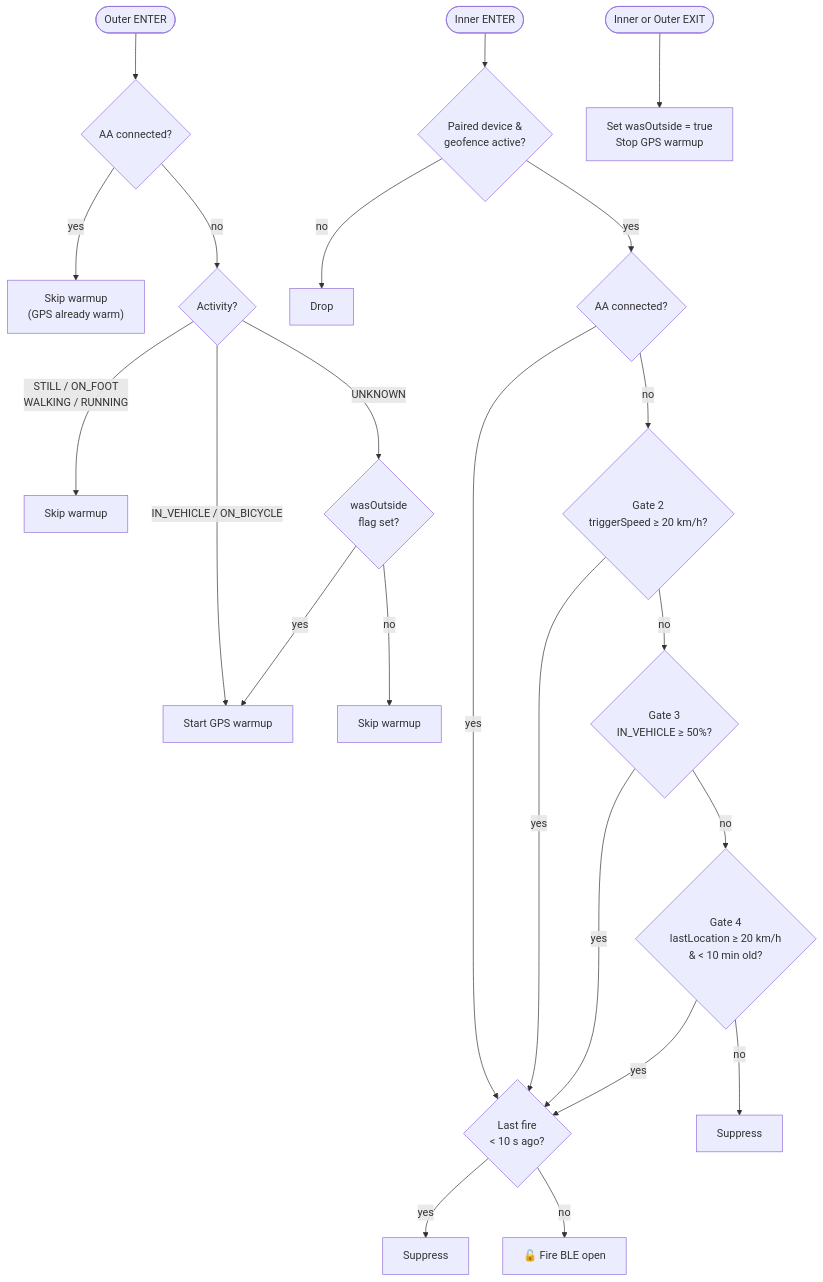
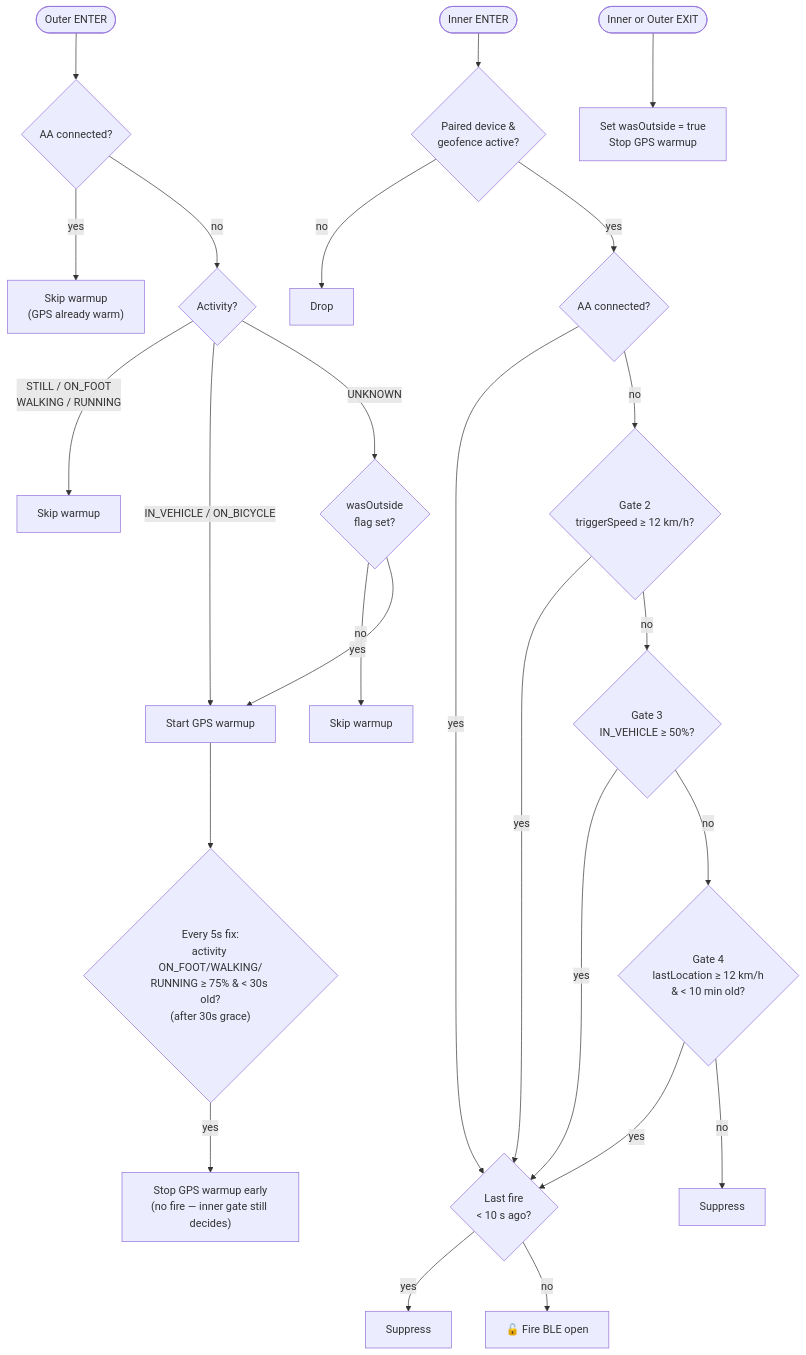
One commit to GerardUmbert/GarageAAtoESP32 changed the diagram in docs/geofence-auto-open.md. Above: the diagram before and after it, drawn with Mermaid. The commit also changed other lines of this file and 5 other files, not shown here.

First line of the commit message:
fix: lower geofence trigger speed and add GPS warmup early stop (1.6.3)

````diff
--- a/docs/geofence-auto-open.md
+++ b/docs/geofence-auto-open.md
@@ -22,29 +22,32 @@
 ```mermaid
 flowchart TD
     OE([Outer ENTER]) --> AA_OUTER{"AA connected?"}
     AA_OUTER -->|yes| SKIP_WARM["Skip warmup\n(GPS already warm)"]
     AA_OUTER -->|no| ACT_OUTER{"Activity?"}
     ACT_OUTER -->|"STILL / ON_FOOT\nWALKING / RUNNING"| SKIP_WARM2["Skip warmup"]
     ACT_OUTER -->|"IN_VEHICLE / ON_BICYCLE"| WARM["Start GPS warmup"]
     ACT_OUTER -->|UNKNOWN| WAS_OUT{"wasOutside\nflag set?"}
     WAS_OUT -->|no| SKIP_WARM3["Skip warmup"]
     WAS_OUT -->|yes| WARM
 
     IE([Inner ENTER]) --> PAIRED{"Paired device &\ngeofence active?"}
     PAIRED -->|no| DROP["Drop"]
     PAIRED -->|yes| AA_INNER{"AA connected?"}
     AA_INNER -->|yes| DEBOUNCE
-    AA_INNER -->|no| G2{"Gate 2\ntriggerSpeed ≥ 20 km/h?"}
+    AA_INNER -->|no| G2{"Gate 2\ntriggerSpeed ≥ 12 km/h?"}
     G2 -->|yes| DEBOUNCE
     G2 -->|no| G3{"Gate 3\nIN_VEHICLE ≥ 50%?"}
     G3 -->|yes| DEBOUNCE
-    G3 -->|no| G4{"Gate 4\nlastLocation ≥ 20 km/h\n& < 10 min old?"}
+    G3 -->|no| G4{"Gate 4\nlastLocation ≥ 12 km/h\n& < 10 min old?"}
     G4 -->|yes| DEBOUNCE
     G4 -->|no| SUPPRESS["Suppress"]
 
     DEBOUNCE{"Last fire\n< 10 s ago?"}
     DEBOUNCE -->|yes| SUPPRESS2["Suppress"]
     DEBOUNCE -->|no| FIRE["🔓 Fire BLE open"]
 
     EXIT(["Inner or Outer EXIT"]) --> SET_OUT["Set wasOutside = true\nStop GPS warmup"]
+
+    WARM --> EARLYCHK{"Every 5s fix:\nactivity ON_FOOT/WALKING/\nRUNNING ≥ 75% & < 30s old?\n(after 30s grace)"}
+    EARLYCHK -->|yes| EARLYSTOP["Stop GPS warmup early\n(no fire — inner gate still decides)"]
 ```
````
